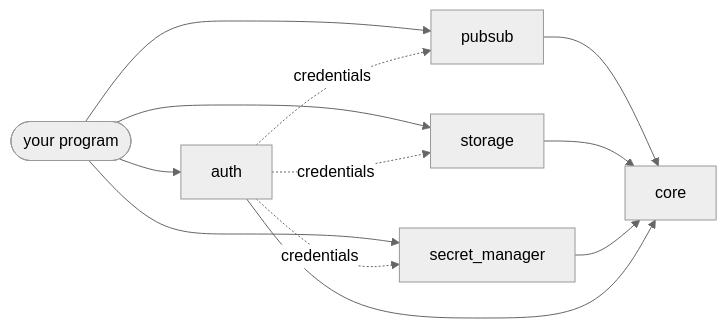
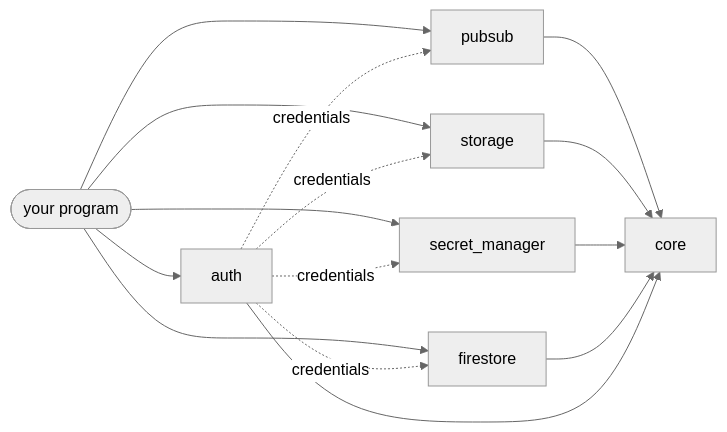
The diagram in README.md (kmoneil/zig-gcp), drawn with Mermaid (neutral theme) before and after one commit. The commit also changed other lines of this file and 14 other files, not shown here.

````diff
--- a/README.md
+++ b/README.md
@@ -58,7 +59,7 @@
 ```mermaid
 flowchart LR
-    app(["your program"]) --> pubsub & storage & secret_manager
+    app(["your program"]) --> pubsub & storage & secret_manager & firestore
     app --> auth
-    auth -. credentials .-> pubsub & storage & secret_manager
-    pubsub & storage & secret_manager & auth --> core
+    auth -. credentials .-> pubsub & storage & secret_manager & firestore
+    pubsub & storage & secret_manager & firestore & auth --> core
 ```
````
